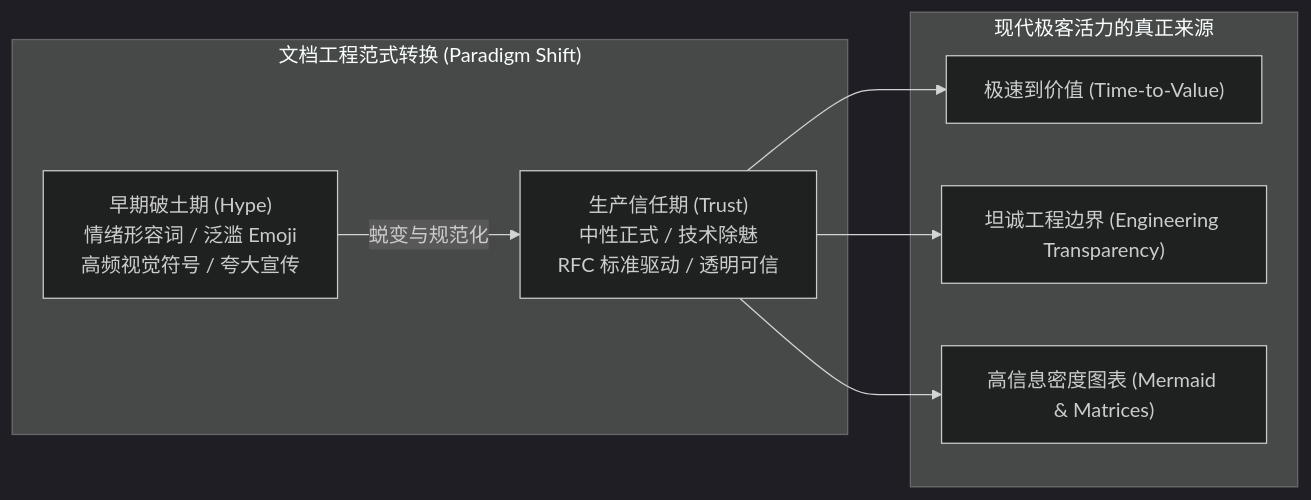
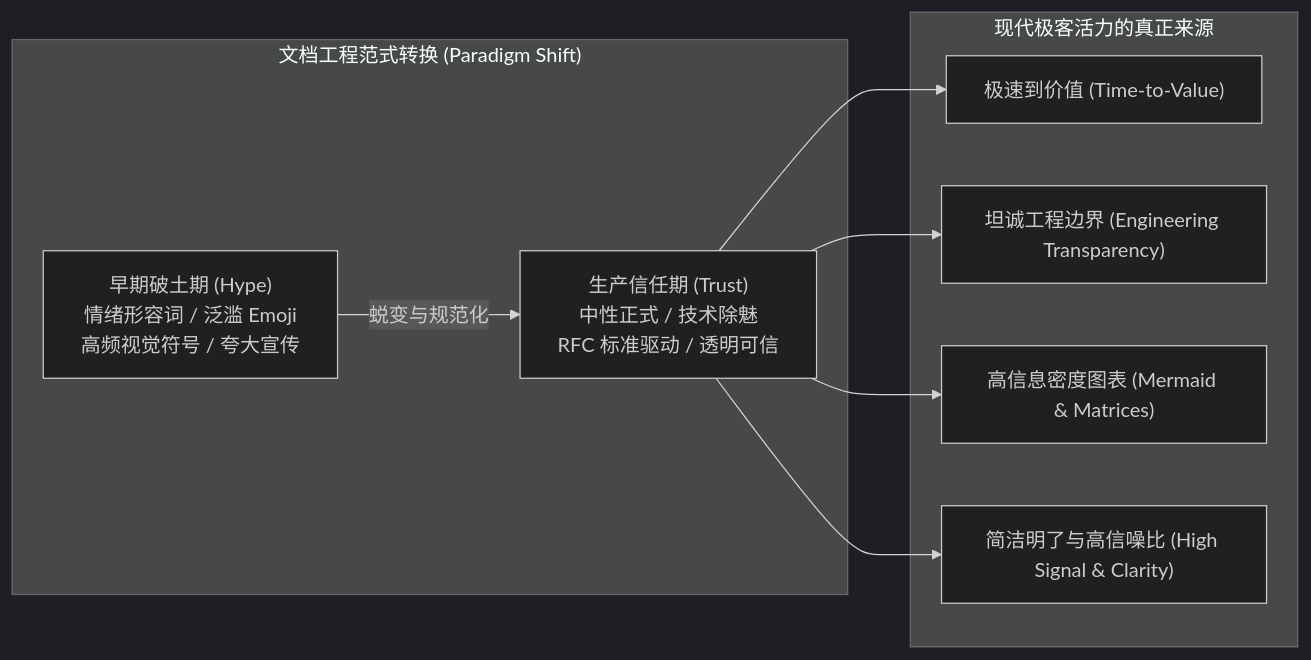
The first of 5 diagrams in docs/STYLE_GUIDE.md (BeingNoAbility/WebRTC-Gateway), drawn with Mermaid (dark theme) before and after one commit. The commit also changed other lines of this file and 18 other files, not shown here.

````diff
--- a/docs/STYLE_GUIDE.md
+++ b/docs/STYLE_GUIDE.md
@@ -12,12 +12,13 @@
 ```mermaid
 flowchart LR
     subgraph Mindset_Shift["文档工程范式转换 (Paradigm Shift)"]
         Hype["早期破土期 (Hype)<br/>情绪形容词 / 泛滥 Emoji<br/>高频视觉符号 / 夸大宣传"] -->|蜕变与规范化| Trust["生产信任期 (Trust)<br/>中性正式 / 技术除魅<br/>RFC 标准驱动 / 透明可信"]
     end
 
     subgraph Geek_Spirit["现代极客活力的真正来源"]
         Trust --> V1["极速到价值 (Time-to-Value)"]
         Trust --> V2["坦诚工程边界 (Engineering Transparency)"]
         Trust --> V3["高信息密度图表 (Mermaid & Matrices)"]
+        Trust --> V4["简洁明了与高信噪比 (High Signal & Clarity)"]
     end
 ```
````
